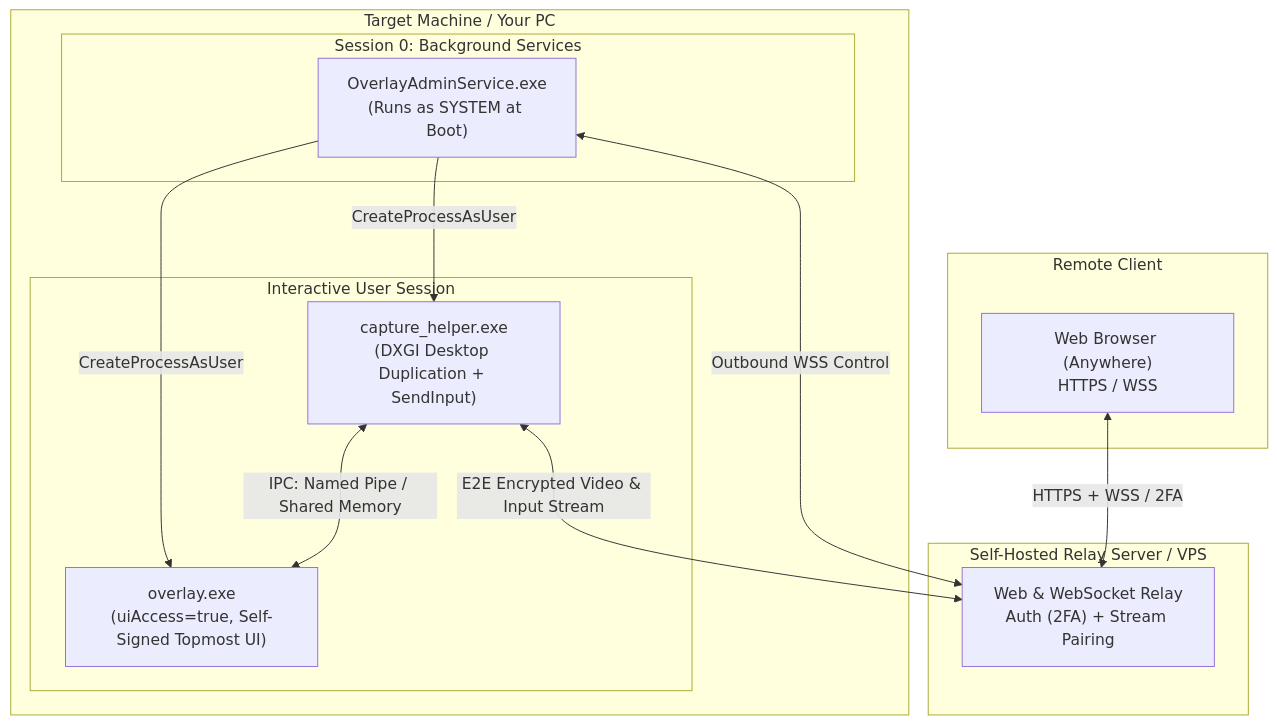
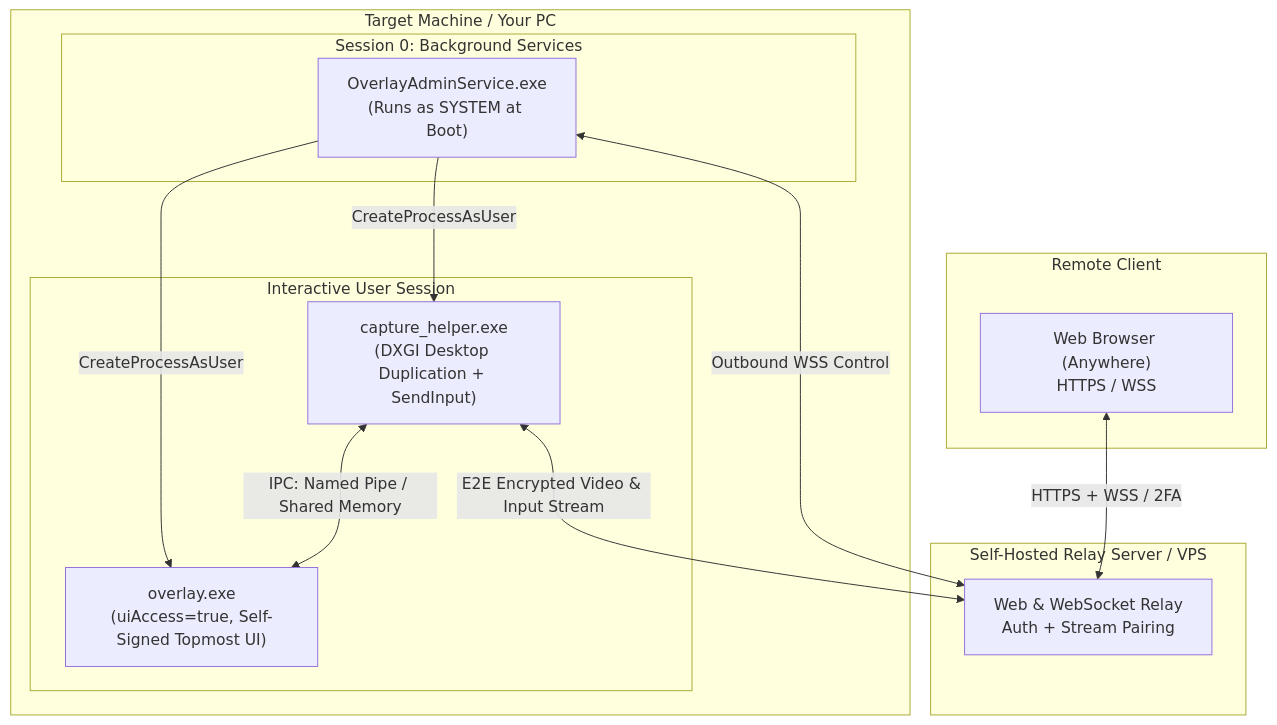
The diagram in README.md (majvax/hawk), drawn with Mermaid before and after one commit. The commit also changed other lines of this file, not shown here.

````diff
--- a/README.md
+++ b/README.md
@@ -14,29 +14,29 @@
 ```mermaid
 flowchart TD
     subgraph RemoteClient [Remote Client]
         Browser["Web Browser (Anywhere)<br/>HTTPS / WSS"]
     end
 
     subgraph RelayHost [Self-Hosted Relay Server / VPS]
-        Relay["Web & WebSocket Relay<br/>Auth (2FA) + Stream Pairing"]
+        Relay["Web & WebSocket Relay<br/>Auth + Stream Pairing"]
     end
 
     subgraph HostPC [Target Machine / Your PC]
         subgraph Session0 [Session 0: Background Services]
             Service["OverlayAdminService.exe<br/>(Runs as SYSTEM at Boot)"]
         end
 
         subgraph UserSession [Interactive User Session]
             Overlay["overlay.exe<br/>(uiAccess=true, Self-Signed Topmost UI)"]
             Capture["capture_helper.exe<br/>(DXGI Desktop Duplication + SendInput)"]
         end
     end
 
     %% Connections
     Browser <-->|HTTPS + WSS / 2FA| Relay
     Service <-->|Outbound WSS Control| Relay
     Service -->|CreateProcessAsUser| Overlay
     Service -->|CreateProcessAsUser| Capture
     Capture <-->|IPC: Named Pipe / Shared Memory| Overlay
     Capture <-->|E2E Encrypted Video & Input Stream| Relay
 ```
````
